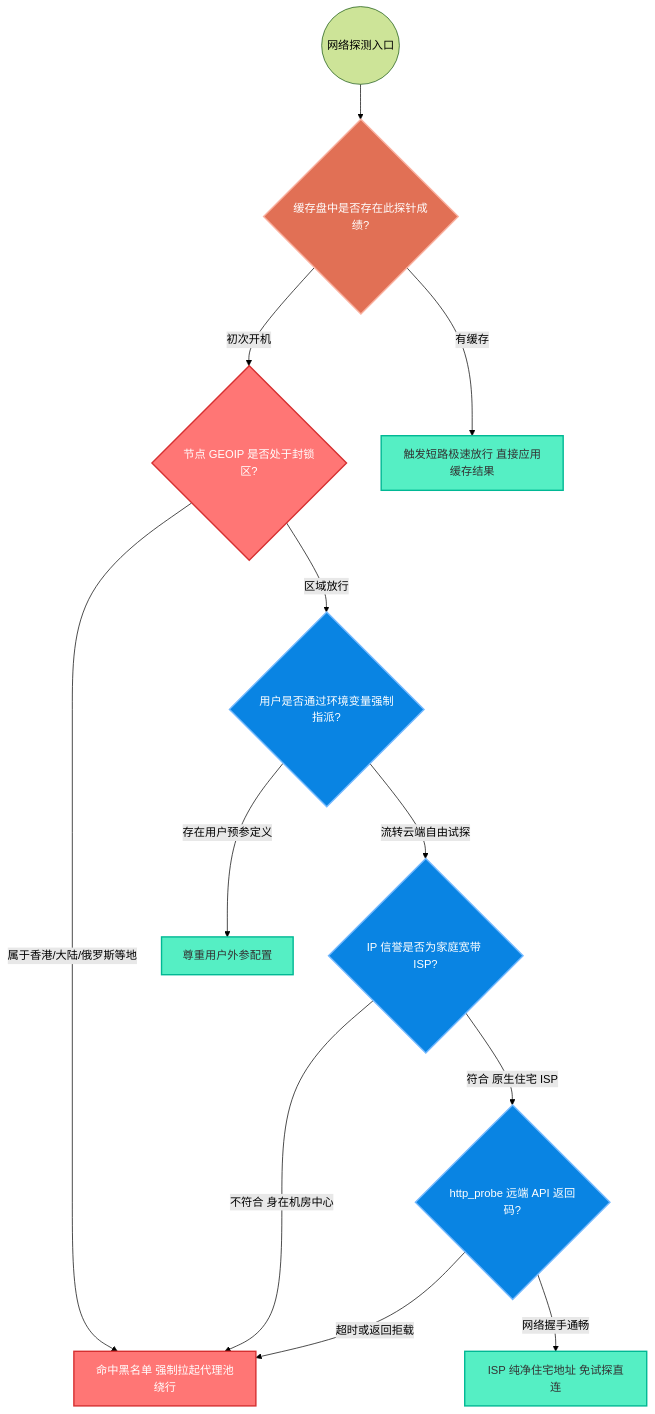
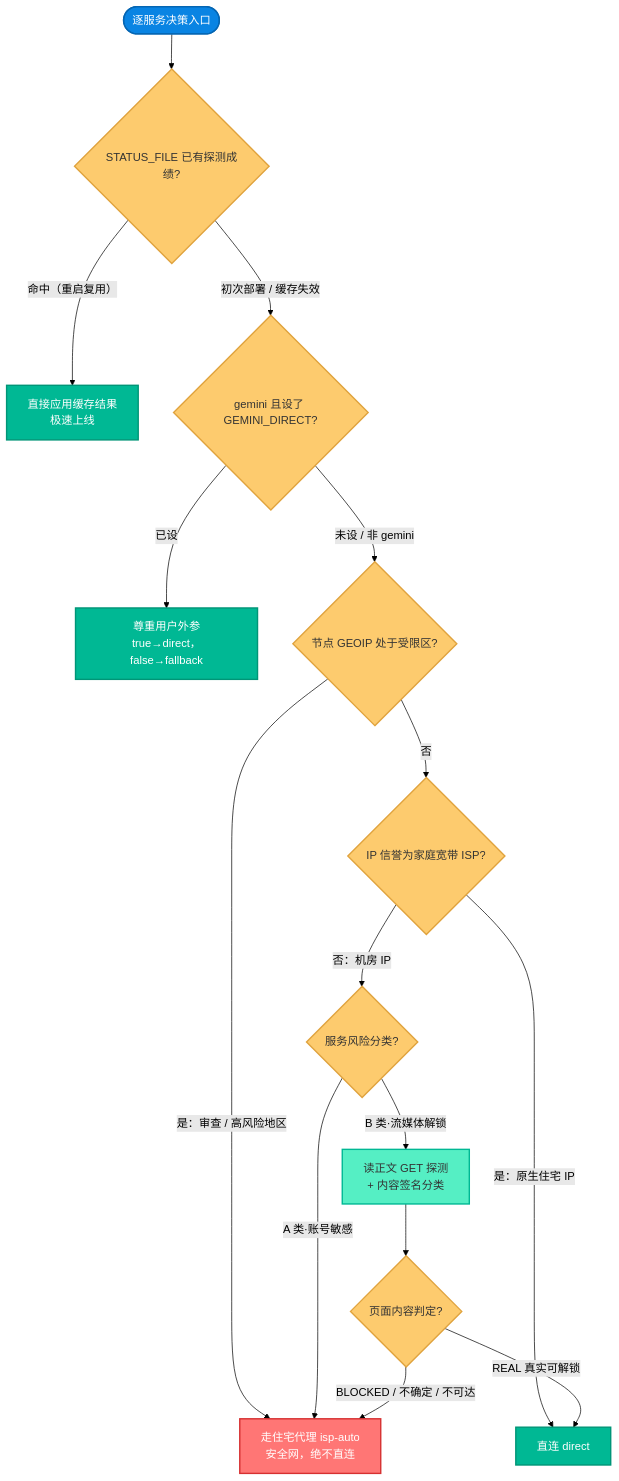
Before and after one commit to currycan/sb-xray: the eighth of 11 diagrams in docs/01-architecture-and-traffic.md, drawn with Mermaid (forest theme). The commit also changed other lines of this file and 1 other file, not shown here.

Commit message:
docs: 同步 media 分流文档至账号风险分类模型 (#41)
- 重写 docs/01 §5.3：账号风险 A/B 二分类决策流（A 类账号敏感不探测走住宅代理；
  B 类流媒体读正文 GET + 内容签名，仅 REAL 直连），含 fail-safe 说明。
- 修正 §5.2 HTTP 探测基建描述：HEAD 取状态码 + 读正文 GET 两种形态。
- 澄清 docs/03 §1.2 与 docs/01 §6.1：每服务 direct/isp-auto 按节点逐一判定，指向 §5.3。

````diff
--- a/docs/01-architecture-and-traffic.md
+++ b/docs/01-architecture-and-traffic.md
@@ -466,35 +468,33 @@
 ```mermaid
 flowchart TD
-    classDef q1 fill:#0984e3,stroke:#74b9ff,stroke-width:2px,color:#fff
-    classDef q2 fill:#ff7675,stroke:#d63031,stroke-width:2px,color:#fff
-    classDef q3 fill:#e17055,stroke:#fab1a0,stroke-width:2px,color:#fff
-    classDef ans fill:#55efc4,stroke:#00b894,stroke-width:2px,color:#333
+    Start(["逐服务决策入口"]) --> Cache{"STATUS_FILE 已有探测成绩?"}
+    Cache -- "命中（重启复用）" --> ActCache["直接应用缓存结果<br/>极速上线"]
+    Cache -- "初次部署 / 缓存失效" --> L0{"gemini 且设了 GEMINI_DIRECT?"}
 
-    Start((网络探测入口))
-    Q1{"缓存盘中是否存在此探针成绩?"}:::q3
-    Q2{"节点 GEOIP 是否处于封锁区?"}:::q2
-    Q3{"用户是否通过环境变量强制指派?"}:::q1
-    Q4{"IP 信誉是否为家庭宽带 ISP?"}:::q1
-    Q5{"http_probe 远端 API 返回码?"}:::q1
+    L0 -- "已设" --> ActOverride["尊重用户外参<br/>true→direct，false→fallback"]
+    L0 -- "未设 / 非 gemini" --> L1{"节点 GEOIP 处于受限区?"}
 
-    ActCache["触发短路极速放行 直接应用缓存结果"]:::ans
-    ActA["尊重用户外参配置"]:::ans
-    ActB["ISP 纯净住宅地址 免试探直连"]:::ans
-    ActC["命中黑名单 强制拉起代理池绕行"]:::q2
+    L1 -- "是：审查 / 高风险地区" --> Fallback["走住宅代理 isp-auto<br/>安全网，绝不直连"]
+    L1 -- "否" --> L2{"IP 信誉为家庭宽带 ISP?"}
 
-    Start --> Q1
-    Q1 -- "有缓存" --> ActCache
-    Q1 -- "初次开机" --> Q2
+    L2 -- "是：原生住宅 IP" --> Direct["直连 direct"]
+    L2 -- "否：机房 IP" --> Class{"服务风险分类?"}
 
-    Q2 -- "属于香港/大陆/俄罗斯等地" --> ActC
-    Q2 -- "区域放行" --> Q3
+    Class -- "A 类·账号敏感" --> Fallback
+    Class -- "B 类·流媒体解锁" --> Probe["读正文 GET 探测<br/>+ 内容签名分类"]
 
-    Q3 -- "存在用户预参定义" --> ActA
-    Q3 -- "流转云端自由试探" --> Q4
+    Probe --> Verdict{"页面内容判定?"}
+    Verdict -- "REAL 真实可解锁" --> Direct
+    Verdict -- "BLOCKED / 不确定 / 不可达" --> Fallback
 
-    Q4 -- "不符合 身在机房中心" --> ActC
-    Q4 -- "符合 原生住宅 ISP" --> Q5
-
-    Q5 -- "网络握手通畅" --> ActB
-    Q5 -- "超时或返回拒载" --> ActC
+    class Start entry
+    class Cache,L0,L1,L2,Class,Verdict decision
+    class ActCache,Direct,ActOverride process
+    class Fallback block
+    class Probe sing
+    classDef entry    fill:#0984e3,stroke:#0566b3,stroke-width:2px,color:#fff
+    classDef process  fill:#00b894,stroke:#009577,stroke-width:2px,color:#fff
+    classDef decision fill:#fdcb6e,stroke:#e0a33e,stroke-width:2px,color:#333
+    classDef block    fill:#ff7675,stroke:#d63031,stroke-width:2px,color:#fff
+    classDef sing     fill:#55efc4,stroke:#00b894,stroke-width:2px,color:#333
 ```
````
